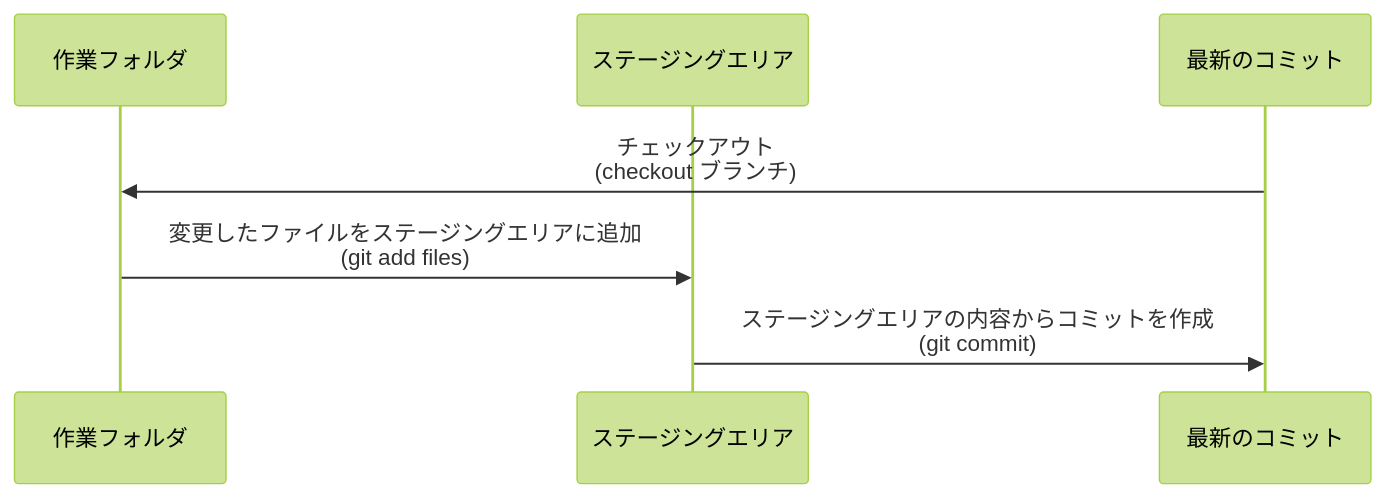
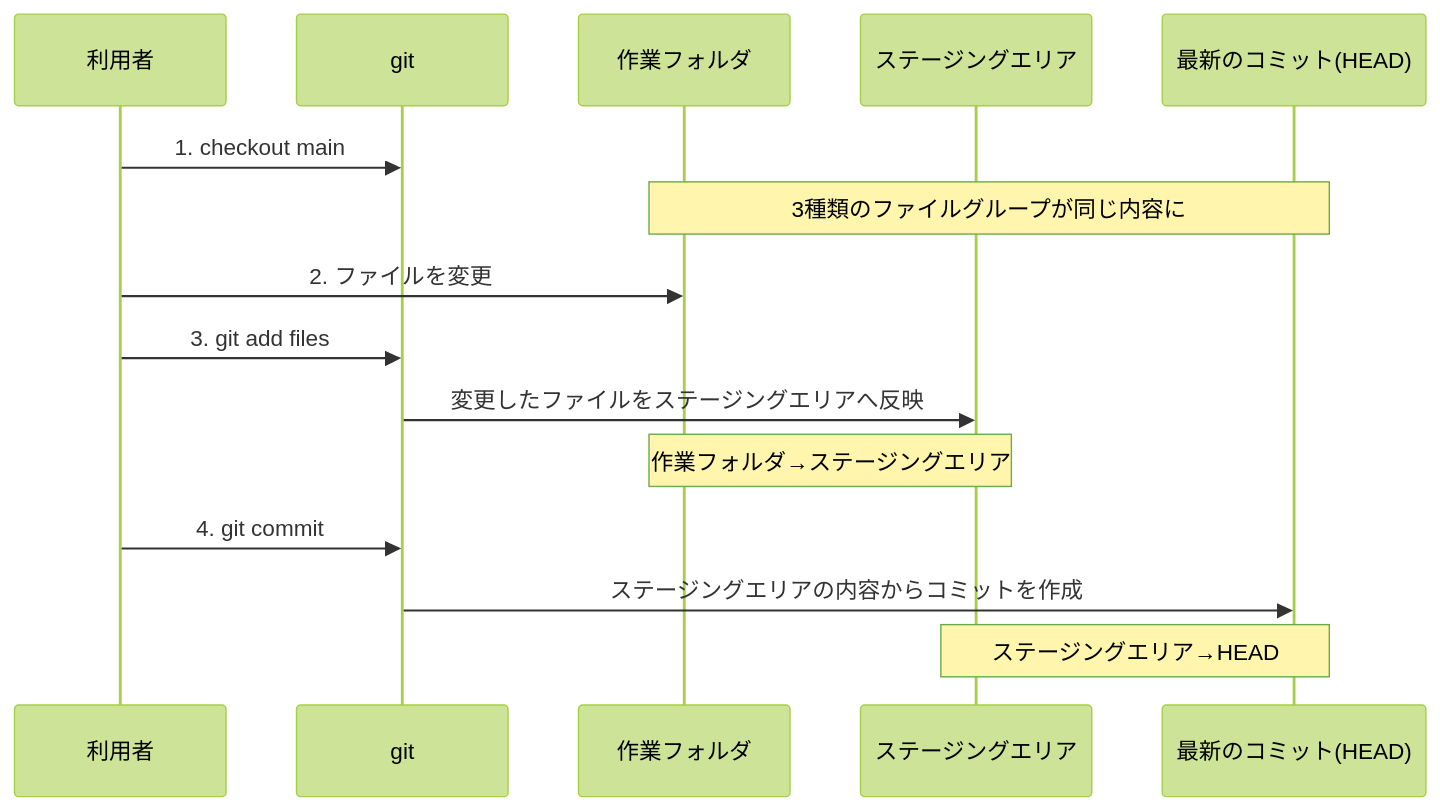
One commit to kantas-spike/portfolio changed the third of 7 diagrams in content/blog/03-how-to-learn-git.md. Above: the diagram before and after it, drawn with Mermaid (forest theme). The commit also changed other lines of this file, not shown here.

```diff
--- a/content/blog/03-how-to-learn-git.md
+++ b/content/blog/03-how-to-learn-git.md
@@ -193,9 +196,17 @@
 ~~~mermaid
 sequenceDiagram
+    participant u as 利用者
+    participant g as git
     participant w as 作業フォルダ
     participant s as ステージングエリア
-    participant c as 最新のコミット
-    c->>w : チェックアウト<br>(checkout ブランチ)
-    w->>s : 変更したファイルをステージングエリアに追加<br>(git add files)
-    s->>c : ステージングエリアの内容からコミットを作成<br>(git commit)
+    participant c as 最新のコミット(HEAD)
+    u->>g : 1. checkout main
+    Note over w,c: 3種類のファイルグループが同じ内容に
+    u->>w : 2. ファイルを変更
+    u->>g : 3. git add files
+    g->>s : 変更したファイルをステージングエリアへ反映
+    Note over w,s: 作業フォルダ→ステージングエリア
+    u->>g : 4. git commit
+    g->>c : ステージングエリアの内容からコミットを作成
+    Note over s,c: ステージングエリア→HEAD
 ~~~
```
